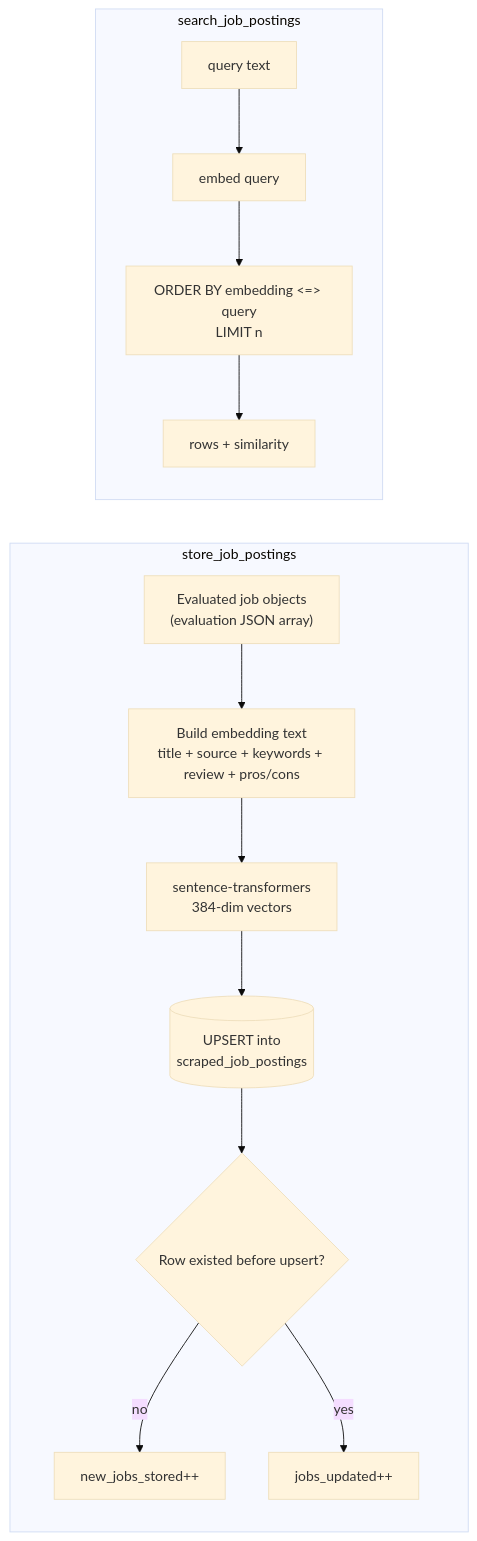
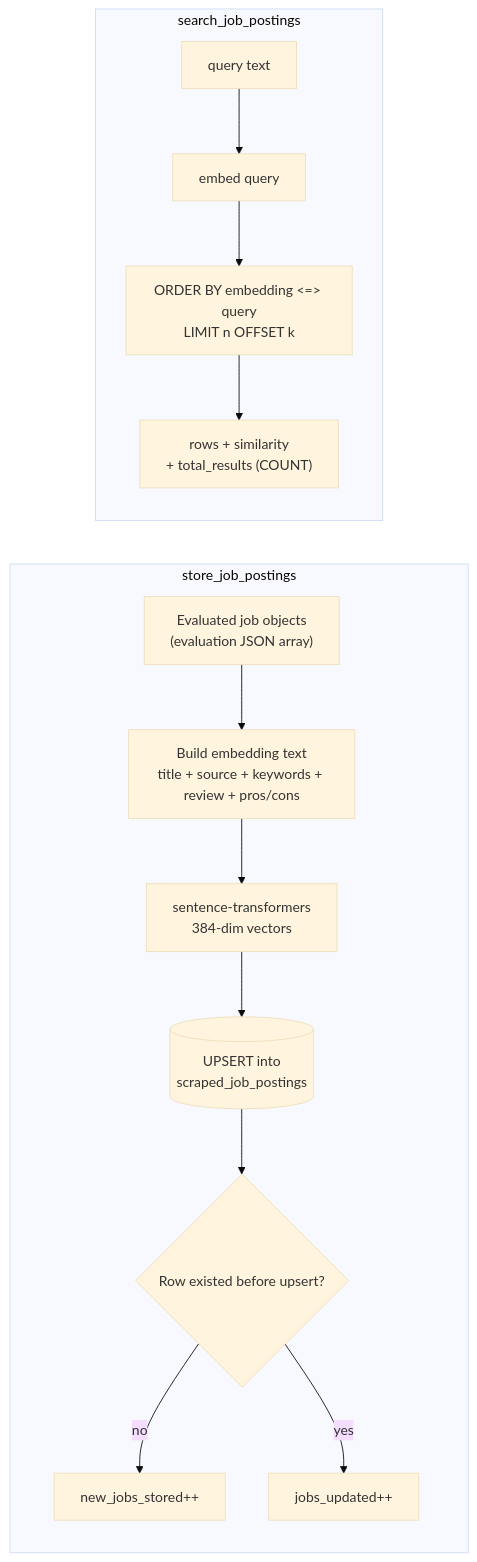
The third of 4 diagrams in README.md (caupolicanquerales/agent_hunter_job), drawn with Mermaid (base theme) before and after one commit. The commit also changed other lines of this file, not shown here.

````diff
--- a/README.md
+++ b/README.md
@@ -221,17 +225,17 @@
 ```mermaid
 flowchart LR
     subgraph Store["store_job_postings"]
         A["Evaluated job objects<br/>(evaluation JSON array)"] --> B["Build embedding text<br/>title + source + keywords + review + pros/cons"]
         B --> C["sentence-transformers<br/>384-dim vectors"]
         C --> D[("UPSERT into<br/>scraped_job_postings")]
         D --> E{"Row existed before upsert?"}
         E -->|no| F["new_jobs_stored++"]
         E -->|yes| G["jobs_updated++"]
     end
 
     subgraph Search["search_job_postings"]
         Q["query text"] --> QE["embed query"]
-        QE --> S["ORDER BY embedding <=> query<br/>LIMIT n"]
-        S --> SR["rows + similarity"]
+        QE --> S["ORDER BY embedding <=> query<br/>LIMIT n OFFSET k"]
+        S --> SR["rows + similarity<br/>+ total_results (COUNT)"]
     end
 ```
````
